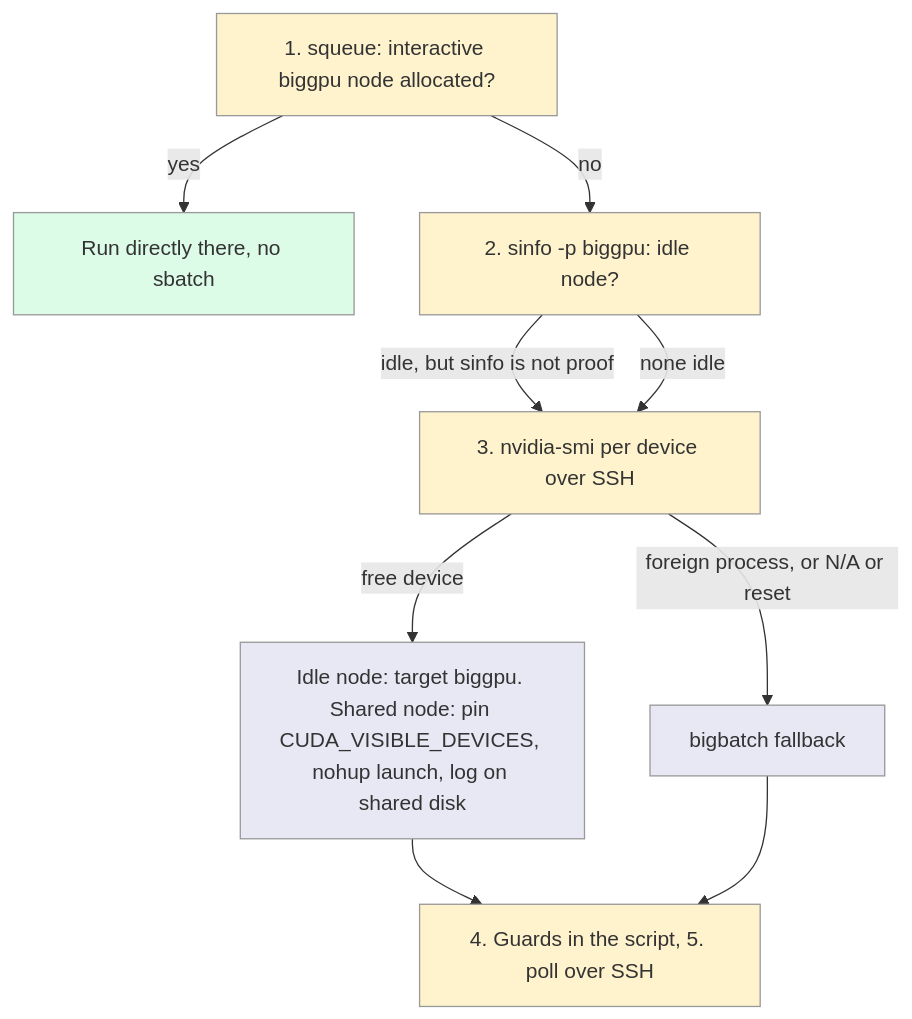
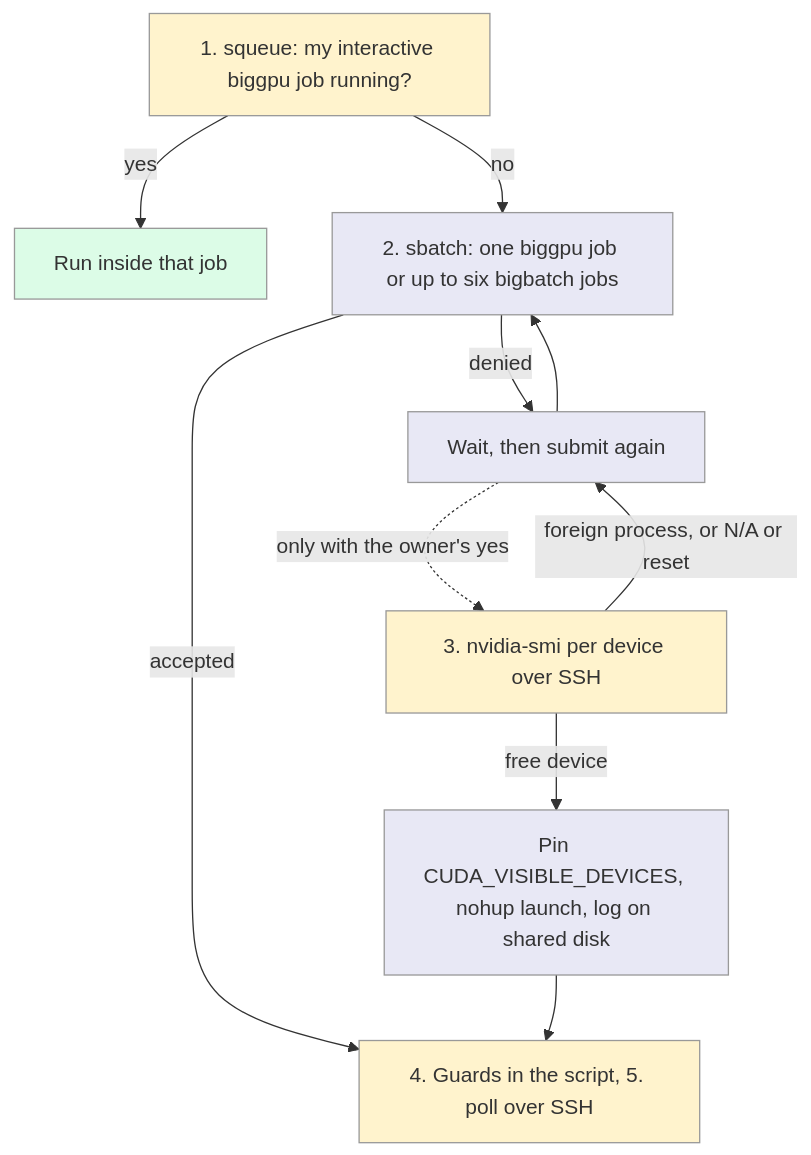
One commit to mo-rsa24/concept-composition changed the diagram in environment/hpc/execution-protocol.md. Above: the diagram before and after it, drawn with Mermaid. The commit also changed other lines of this file and 6 other files, not shown here.

Commit message:
Launch rule: GPU work goes through sbatch, waits when denied, and an SSH launch needs the owner's yes

````diff
--- a/environment/hpc/execution-protocol.md
+++ b/environment/hpc/execution-protocol.md
@@ -133,17 +136,18 @@
 ```mermaid
 flowchart TD
-  A["1. squeue: interactive biggpu node allocated?"] -->|"yes"| R["Run directly there, no sbatch"]
-  A -->|"no"| B["2. sinfo -p biggpu: idle node?"]
-  B -->|"idle, but sinfo is not proof"| C["3. nvidia-smi per device over SSH"]
-  B -->|"none idle"| C
-  C -->|"free device"| D["Idle node: target biggpu. Shared node: pin CUDA_VISIBLE_DEVICES, nohup launch, log on shared disk"]
-  C -->|"foreign process, or N/A or reset"| E["bigbatch fallback"]
-  D --> G["4. Guards in the script, 5. poll over SSH"]
-  E --> G
+  A["1. squeue: my interactive biggpu job running?"] -->|"yes"| R["Run inside that job"]
+  A -->|"no"| B["2. sbatch: one biggpu job or up to six bigbatch jobs"]
+  B -->|"accepted"| G["4. Guards in the script, 5. poll over SSH"]
+  B -->|"denied"| W["Wait, then submit again"]
+  W --> B
+  W -.->|"only with the owner's yes"| C["3. nvidia-smi per device over SSH"]
+  C -->|"free device"| D["Pin CUDA_VISIBLE_DEVICES, nohup launch, log on shared disk"]
+  C -->|"foreign process, or N/A or reset"| W
+  D --> G
   classDef guard fill:#fff3cd,stroke:#999
   classDef work fill:#e8e8f5,stroke:#999
   classDef out fill:#dcfce7,stroke:#999
-  class A,B,C,G guard
-  class D,E work
+  class A,C,G guard
+  class B,D,W work
   class R out
 ```
````
